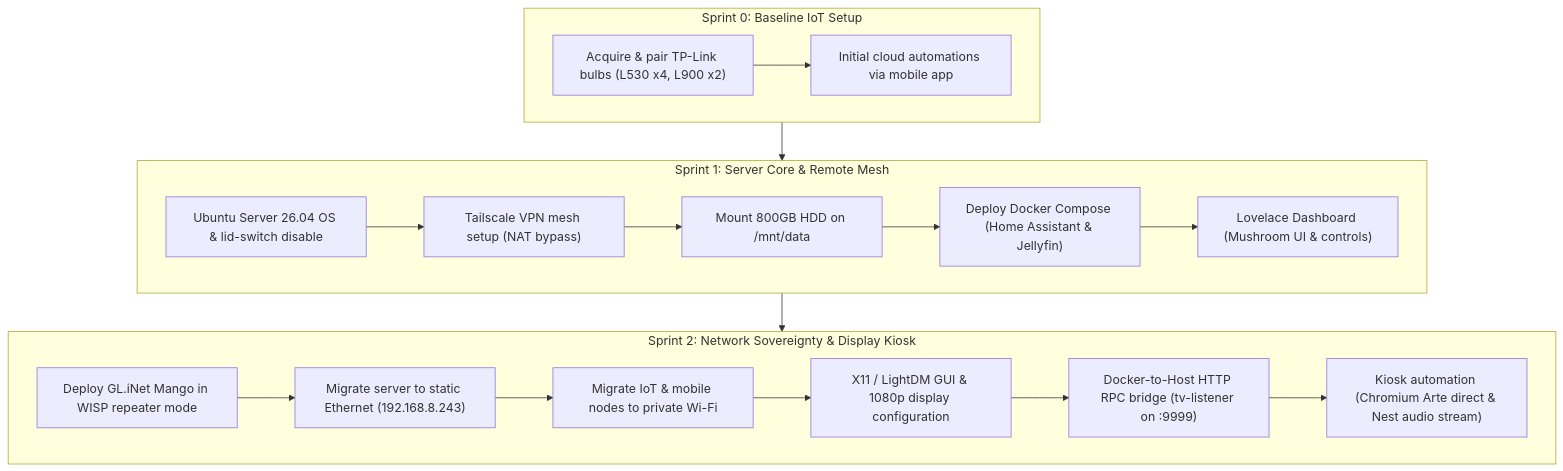
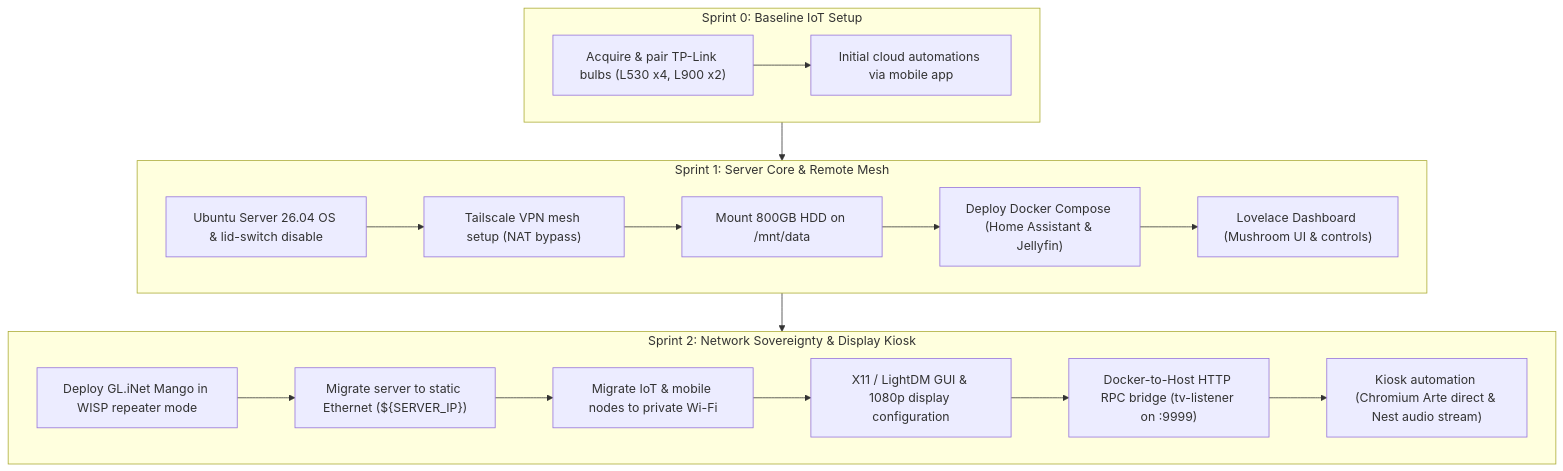
One commit to PPARSSINEN05/homelab changed the diagram in README.md. Above: the diagram before and after it, drawn with Mermaid. The commit also changed other lines of this file and 4 other files, not shown here.

````diff
--- a/README.md
+++ b/README.md
@@ -33,23 +33,23 @@
 ```mermaid
 flowchart TD
     subgraph S0["Sprint 0: Baseline IoT Setup"]
         A1["Acquire & pair TP-Link bulbs (L530 x4, L900 x2)"] --> A2["Initial cloud automations via mobile app"]
     end
 
     subgraph S1["Sprint 1: Server Core & Remote Mesh"]
         B1["Ubuntu Server 26.04 OS & lid-switch disable"] --> B2["Tailscale VPN mesh setup (NAT bypass)"]
         B2 --> B3["Mount 800GB HDD on /mnt/data"]
         B3 --> B4["Deploy Docker Compose (Home Assistant & Jellyfin)"]
         B4 --> B5["Lovelace Dashboard (Mushroom UI & controls)"]
     end
 
     subgraph S2["Sprint 2: Network Sovereignty & Display Kiosk"]
-        C1["Deploy GL.iNet Mango in WISP repeater mode"] --> C2["Migrate server to static Ethernet (192.168.8.243)"]
+        C1["Deploy GL.iNet Mango in WISP repeater mode"] --> C2["Migrate server to static Ethernet (${SERVER_IP})"]
         C2 --> C3["Migrate IoT & mobile nodes to private Wi-Fi"]
         C3 --> C4["X11 / LightDM GUI & 1080p display configuration"]
         C4 --> C5["Docker-to-Host HTTP RPC bridge (tv-listener on :9999)"]
         C5 --> C6["Kiosk automation (Chromium Arte direct & Nest audio stream)"]
     end
 
     S0 --> S1 --> S2
 ```
````
